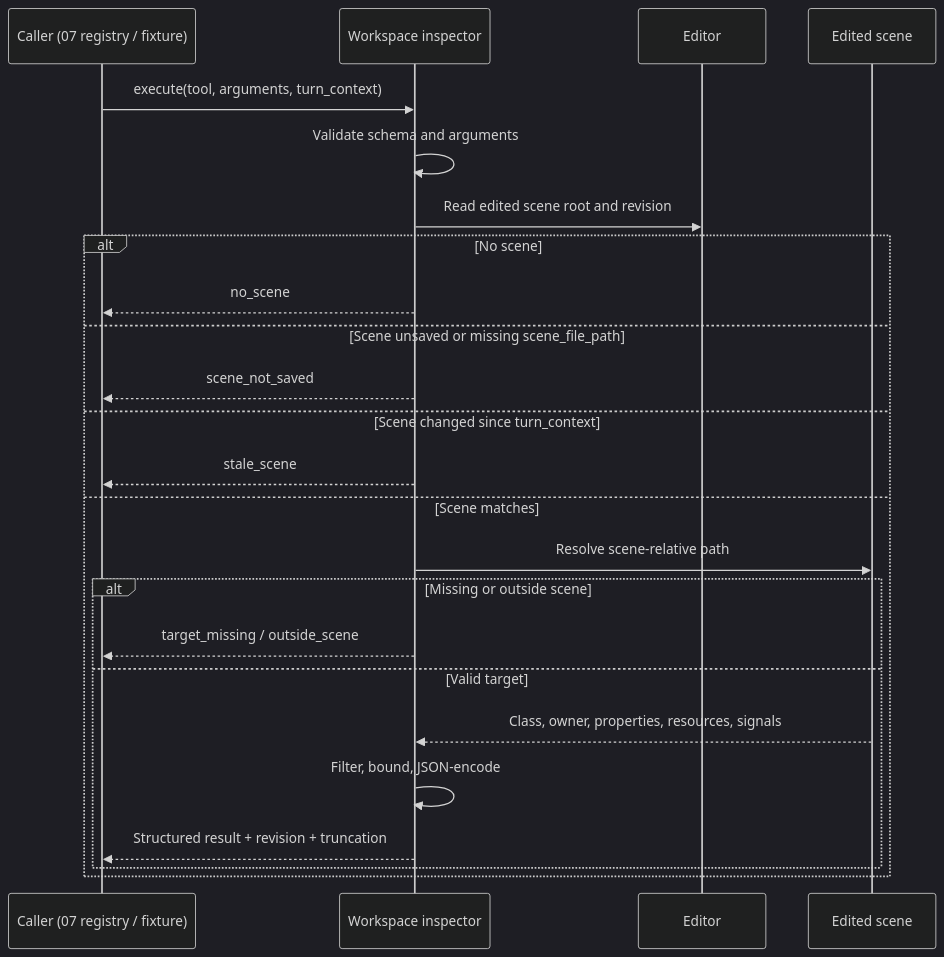
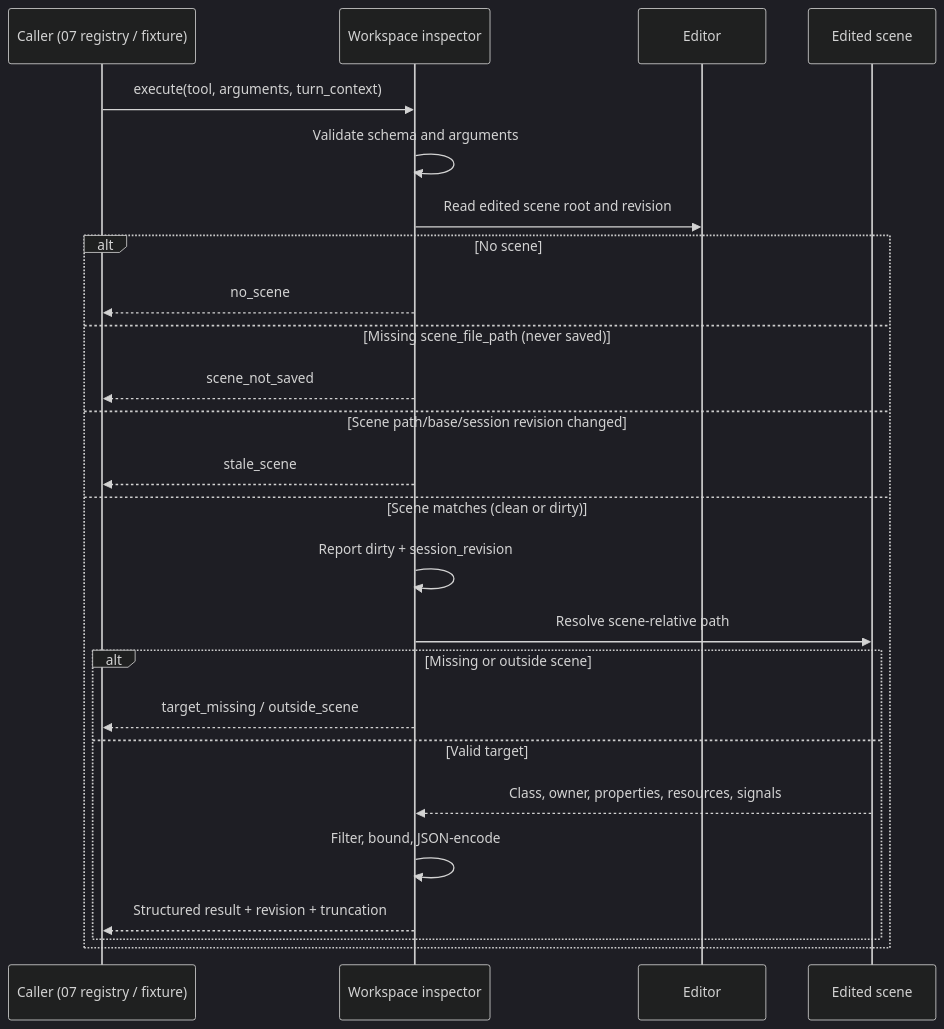
The first of 6 diagrams in plan/mockups/05-workspace-inspection-diagrams.md (longjoel/tiiny-godot), drawn with Mermaid (dark theme) before and after one commit. The commit also changed other lines of this file and 28 other files, not shown here.

````diff
--- a/plan/mockups/05-workspace-inspection-diagrams.md
+++ b/plan/mockups/05-workspace-inspection-diagrams.md
@@ -7,27 +7,28 @@
 ```mermaid
 sequenceDiagram
     participant C as Caller (07 registry / fixture)
     participant I as Workspace inspector
     participant E as Editor
     participant S as Edited scene
 
     C->>I: execute(tool, arguments, turn_context)
     I->>I: Validate schema and arguments
     I->>E: Read edited scene root and revision
     alt No scene
         I-->>C: no_scene
-    else Scene unsaved or missing scene_file_path
+    else Missing scene_file_path (never saved)
         I-->>C: scene_not_saved
-    else Scene changed since turn_context
+    else Scene path/base/session revision changed
         I-->>C: stale_scene
-    else Scene matches
+    else Scene matches (clean or dirty)
+        I->>I: Report dirty + session_revision
         I->>S: Resolve scene-relative path
         alt Missing or outside scene
             I-->>C: target_missing / outside_scene
         else Valid target
             S-->>I: Class, owner, properties, resources, signals
             I->>I: Filter, bound, JSON-encode
             I-->>C: Structured result + revision + truncation
         end
     end
 ```
````
